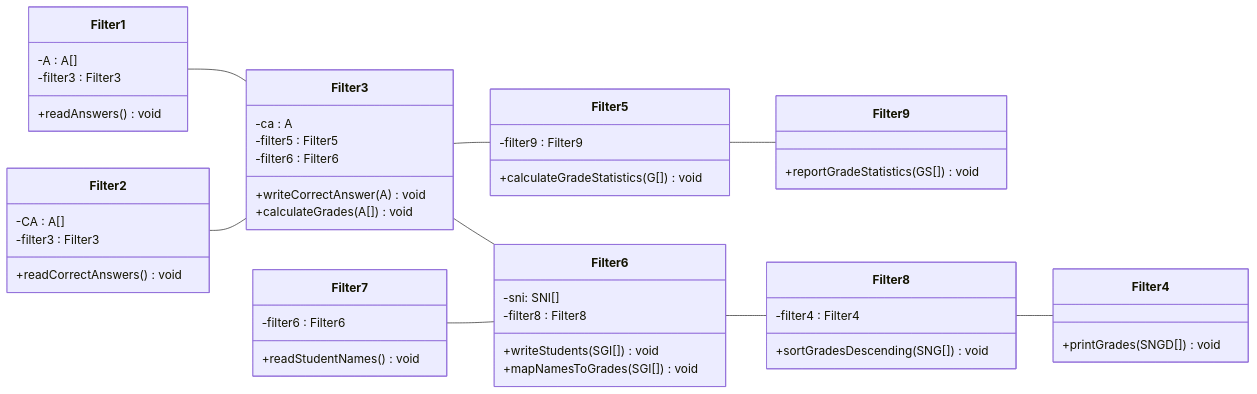
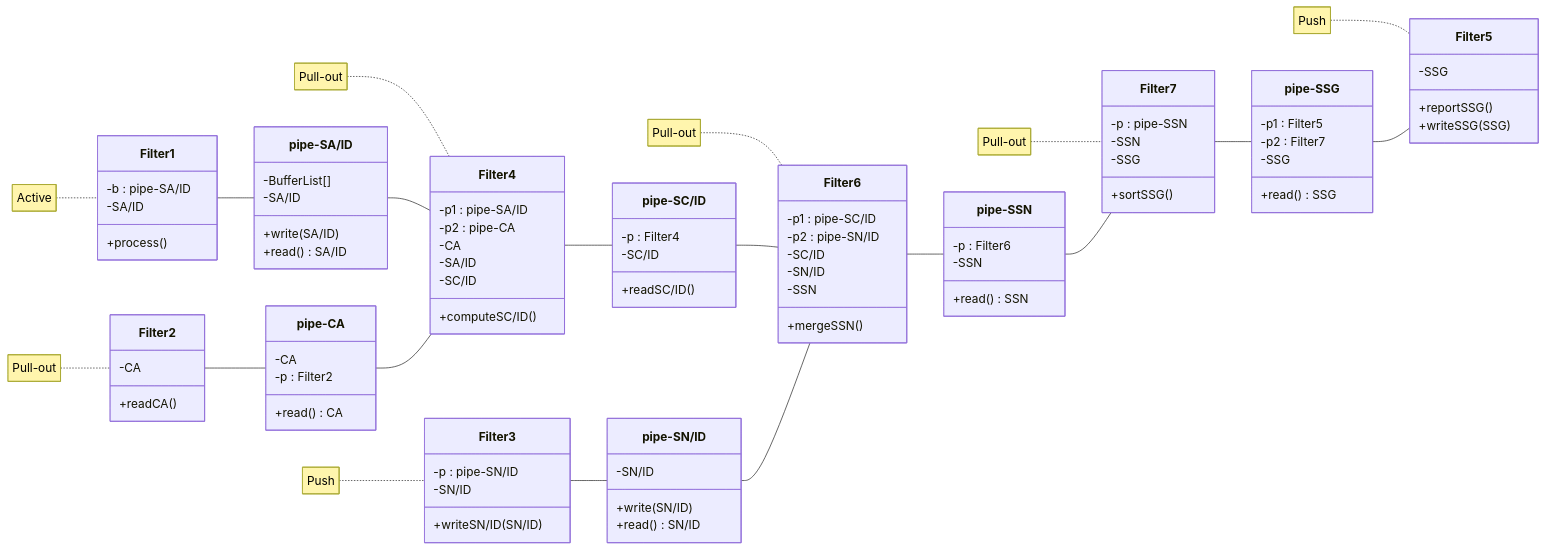
Before and after one commit to hanggrian/IIT-CS586: the second of 2 diagrams in assignments/hw3/README.md, drawn with Mermaid. The commit also changed other lines of this file and 1 other file, not shown here.

````diff
--- a/assignments/hw3/README.md
+++ b/assignments/hw3/README.md
@@ -76,54 +72,102 @@
 ```mermaid
 classDiagram
   direction LR
-  Filter1 -- Filter3
-  Filter2 -- Filter3
-  Filter3 -- Filter5
-  Filter3 -- Filter6
-  Filter5 -- Filter9
-  Filter6 -- Filter8
-  Filter7 -- Filter6
-  Filter8 -- Filter4
+  class Filter1 {
+    -b : pipe-SA/ID
+    -SA/ID
+    +process()
+  }
+  class Filter1Pipe["pipe-SA/ID"] {
+    -BufferList[]
+    -SA/ID
+    +write(SA/ID)
+    +read() SA/ID
+  }
+  Filter1 -- Filter1Pipe
+  note for Filter1 "Active"
 
-  class Filter1 {
-    -A : A[]
-    -filter3 : Filter3
-    +readAnswers() void
+  class Filter2 {
+    -CA
+    +readCA()
   }
-  class Filter2 {
-    -CA : A[]
-    -filter3 : Filter3
-    +readCorrectAnswers() void
+  class Filter2Pipe["pipe-CA"] {
+    -CA
+    -p : Filter2
+    +read() CA
   }
+  Filter2 -- Filter2Pipe
+  note for Filter2 "Pull-out"
+
+  class Filter4 {
+    -p1 : pipe-SA/ID
+    -p2 : pipe-CA
+    -CA
+    -SA/ID
+    -SC/ID
+    +computeSC/ID()
+  }
+  class Filter4Pipe["pipe-SC/ID"] {
+    -p : Filter4
+    -SC/ID
+    +readSC/ID()
+  }
+  Filter1Pipe -- Filter4
+  Filter2Pipe -- Filter4
+  Filter4 -- Filter4Pipe
+  note for Filter4 "Pull-out"
+
   class Filter3 {
-    -ca : A
-    -filter5 : Filter5
-    -filter6 : Filter6
-    +writeCorrectAnswer(A) void
-    +calculateGrades(A[]) void
+    -p : pipe-SN/ID
+    -SN/ID
+    +writeSN/ID(SN/ID)
   }
-  class Filter4 {
-    +printGrades(SNGD[]) void
+  class Filter3Pipe["pipe-SN/ID"] {
+    -SN/ID
+    +write(SN/ID)
+    +read() SN/ID
   }
+  Filter3 -- Filter3Pipe
+  note for Filter3 "Push"
+
+  class Filter6 {
+    -p1 : pipe-SC/ID
+    -p2 : pipe-SN/ID
+    -SC/ID
+    -SN/ID
+    -SSN
+    +mergeSSN()
+  }
+  class Filter6Pipe["pipe-SSN"] {
+    -p : Filter6
+    -SSN
+    +read() SSN
+  }
+  Filter4Pipe -- Filter6
+  Filter3Pipe -- Filter6
+  Filter6 -- Filter6Pipe
+  note for Filter6 "Pull-out"
+
+  class Filter7 {
+    -p : pipe-SSN
+    -SSN
+    -SSG
+    +sortSSG()
+  }
+  class Filter7Pipe["pipe-SSG"] {
+    -p1 : Filter5
+    -p2 : Filter7
+    -SSG
+    +read() SSG
+  }
+  Filter6Pipe -- Filter7
+  Filter7 -- Filter7Pipe
+  note for Filter7 "Pull-out"
+
   class Filter5 {
-    -filter9 : Filter9
-    +calculateGradeStatistics(G[]) void
+    -SSG
+    +reportSSG()
+    +writeSSG(SSG)
   }
-  class Filter6 {
-    -sni: SNI[]
-    -filter8 : Filter8
-    +writeStudents(SGI[]) void
-    +mapNamesToGrades(SGI[]) void
-  }
-  class Filter7 {
-    -filter6 : Filter6
-    +readStudentNames() void
-  }
-  class Filter8 {
-    -filter4 : Filter4
-    +sortGradesDescending(SNG[]) void
-  }
-  class Filter9 {
-    +reportGradeStatistics(GS[]) void
-  }
+  Filter7Pipe -- Filter5
+  note for Filter5 "Push"
 ```
````
